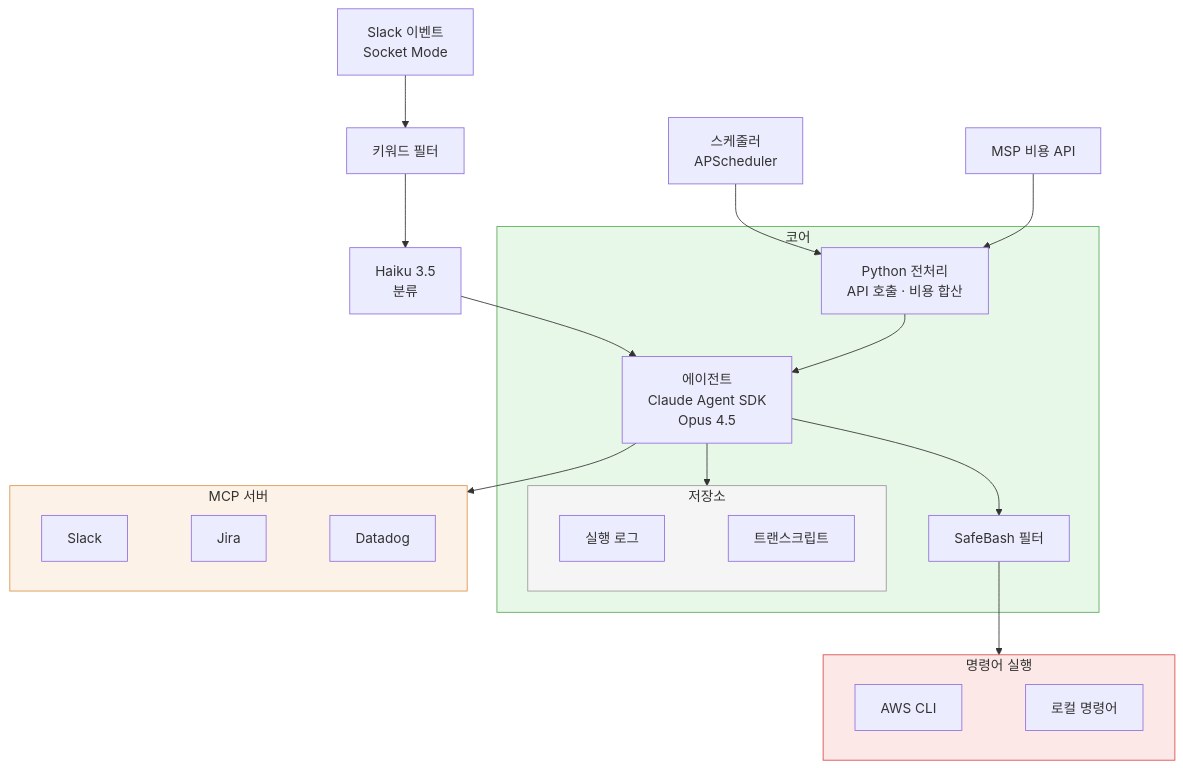
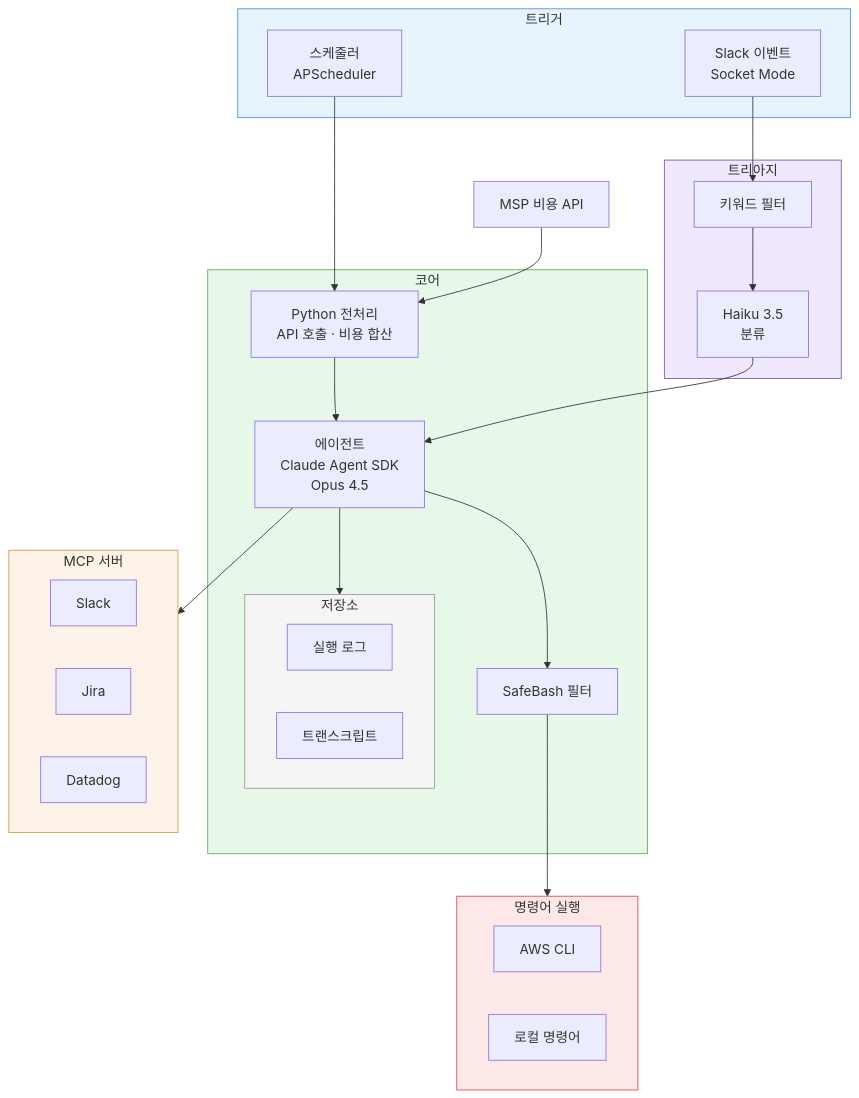
Before and after one commit to kimduksoo/duksoo-tech-blog: the first of 3 diagrams in content/ai/ai-infra-automation.md, drawn with Mermaid.

Commit message:
트리거/트리아지 블록 복원, MCP/CLI 내부 세로 배치

````diff
--- a/content/ai/ai-infra-automation.md
+++ b/content/ai/ai-infra-automation.md
@@ -26,31 +26,48 @@
 ```mermaid
 flowchart TB
-    Cron[스케줄러<br/>APScheduler] --> Pre
-    MSP[MSP 비용 API] --> Pre
-    Event[Slack 이벤트<br/>Socket Mode] --> KW[키워드 필터] --> Haiku[Haiku 3.5<br/>분류] --> Agent
+    subgraph 트리거
+        Cron[스케줄러<br/>APScheduler]
+        Event[Slack 이벤트<br/>Socket Mode]
+    end
+
+    MSP[MSP 비용 API]
+
+    subgraph 트리아지
+        KW[키워드 필터] --> Haiku[Haiku 3.5<br/>분류]
+    end
 
     subgraph 코어
         Pre[Python 전처리<br/>API 호출 · 비용 합산] --> Agent[에이전트<br/>Claude Agent SDK<br/>Opus 4.5]
         Agent --> Safe[SafeBash 필터]
         subgraph 저장소
-            Log[실행 로그] ~~~ Transcript[트랜스크립트]
+            Log[실행 로그]
+            Transcript[트랜스크립트]
         end
         Agent --> 저장소
     end
 
     subgraph MCP[MCP 서버]
-        S[Slack] ~~~ J[Jira] ~~~ D[Datadog]
+        S[Slack]
+        J[Jira]
+        D[Datadog]
     end
 
     subgraph CLI[명령어 실행]
-        AWS[AWS CLI] ~~~ Local[로컬 명령어]
+        AWS[AWS CLI]
+        Local[로컬 명령어]
     end
 
+    Cron --> Pre
+    MSP --> Pre
+    Event --> KW
+    Haiku --> Agent
     Safe --> CLI
     Agent --> MCP
 
+    style 트리거 fill:#e8f4fd,stroke:#4a90d9
+    style 트리아지 fill:#f0e8fd,stroke:#7b5ba8
     style 코어 fill:#e8f8e8,stroke:#5ba85b
     style 저장소 fill:#f5f5f5,stroke:#999999
     style MCP fill:#fdf2e8,stroke:#d9964a
     style CLI fill:#fde8e8,stroke:#d94a4a
 ```
````
